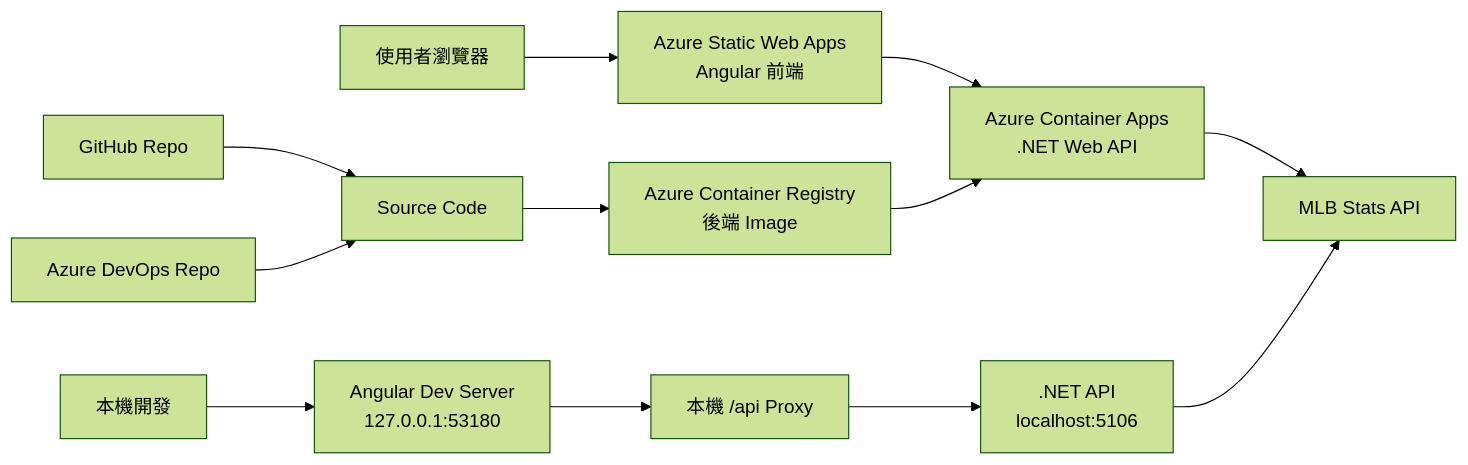
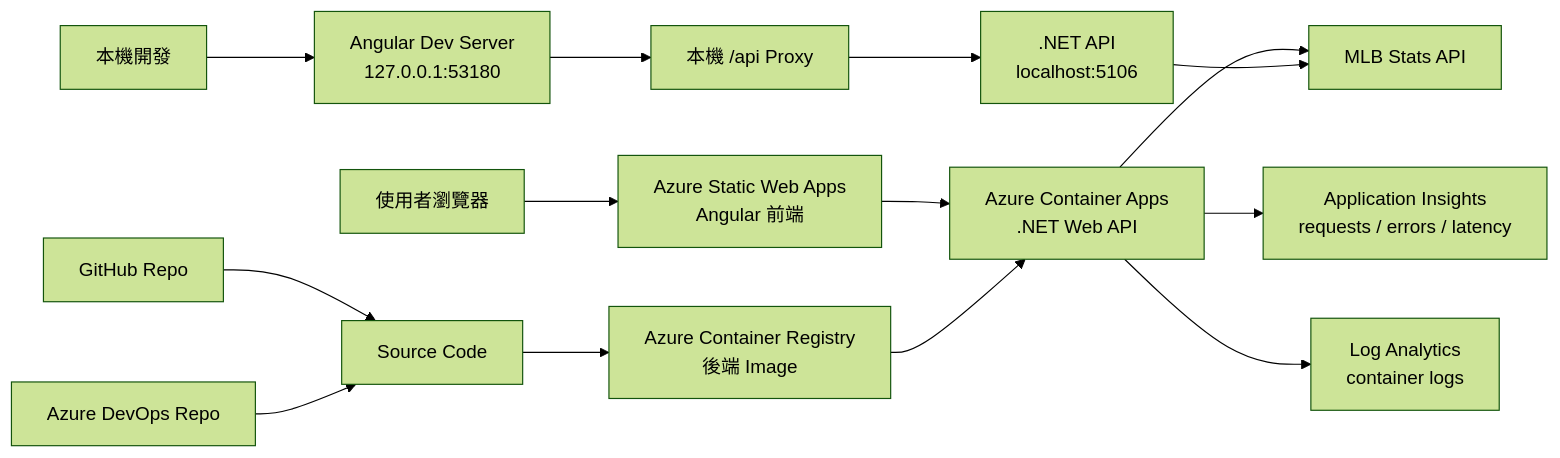
Before and after one commit to sungYiCheng/MLB: the first of 4 diagrams in docs/learning-record.md, drawn with Mermaid (forest theme). The commit also changed other lines of this file and 9 other files, not shown here.

````diff
--- a/docs/learning-record.md
+++ b/docs/learning-record.md
@@ -43,16 +45,18 @@
 ```mermaid
 flowchart LR
     User[使用者瀏覽器] --> SWA[Azure Static Web Apps<br/>Angular 前端]
     SWA --> API[Azure Container Apps<br/>.NET Web API]
     API --> MLB[MLB Stats API]
 
     Dev[本機開發] --> FE[Angular Dev Server<br/>127.0.0.1:53180]
     FE --> Proxy[本機 /api Proxy]
     Proxy --> LocalAPI[.NET API<br/>localhost:5106]
     LocalAPI --> MLB
 
     GitHub[GitHub Repo] --> Source[Source Code]
     AzureDevOps[Azure DevOps Repo] --> Source
     Source --> ACR[Azure Container Registry<br/>後端 Image]
     ACR --> API
+    API --> AppInsights[Application Insights<br/>requests / errors / latency]
+    API --> LogAnalytics[Log Analytics<br/>container logs]
 ```
````
